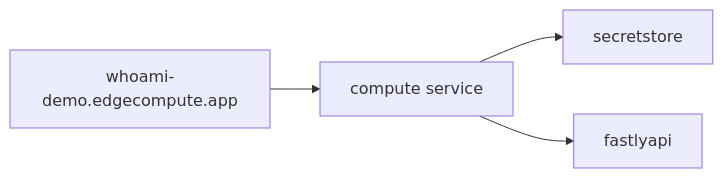
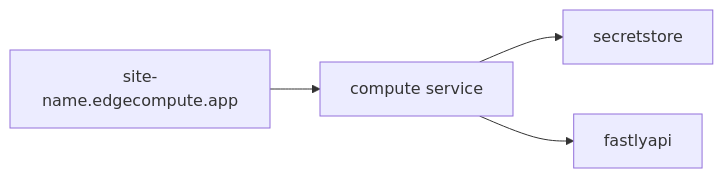
Before and after one commit to jbartus/fastly-magento2-demo: the first of 4 diagrams in README.md, drawn with Mermaid. The commit also changed other lines of this file, not shown here.

Commit message:
not using whoami anymore

````diff
--- a/README.md
+++ b/README.md
@@ -16,6 +16,6 @@
 ```mermaid
 flowchart LR
-  site[whoami-demo.edgecompute.app] --> xqd[compute service]
+  site[site-name.edgecompute.app] --> xqd[compute service]
   xqd --> secretstore
   xqd --> fastlyapi
 ```
````
